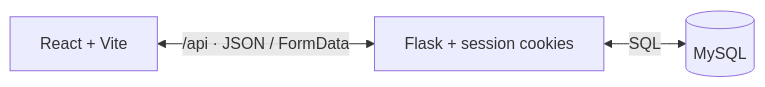
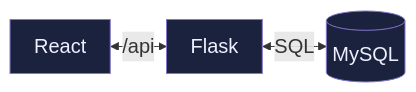
The diagram in README.md (thonedra-dev/TaskFlow), drawn with Mermaid before and after one commit. The commit also changed other lines of this file, not shown here.

````diff
--- a/README.md
+++ b/README.md
@@ -65,5 +65,8 @@
 ```mermaid
+%%{init: {"flowchart": {"rankSpacing": 24, "padding": 12}, "themeVariables": {"fontSize": "20px"}}}%%
 flowchart LR
-  UI["React + Vite"] <-->|"/api · JSON / FormData"| API["Flask + session cookies"]
+  UI["React"] <-->|"/api"| API["Flask"]
   API <-->|"SQL"| DB[(MySQL)]
+  classDef layer fill:#1a223d,stroke:#8576cc,color:#eef0ff
+  class UI,API,DB layer
 ```
````
